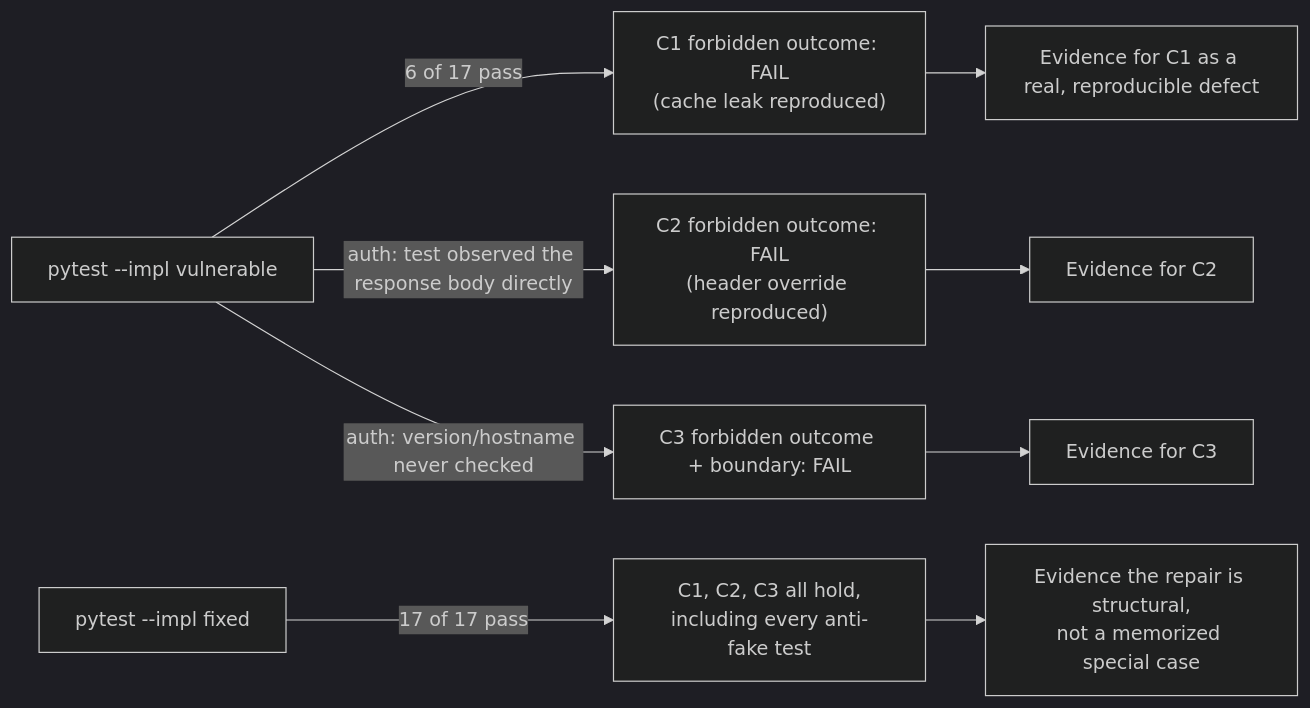
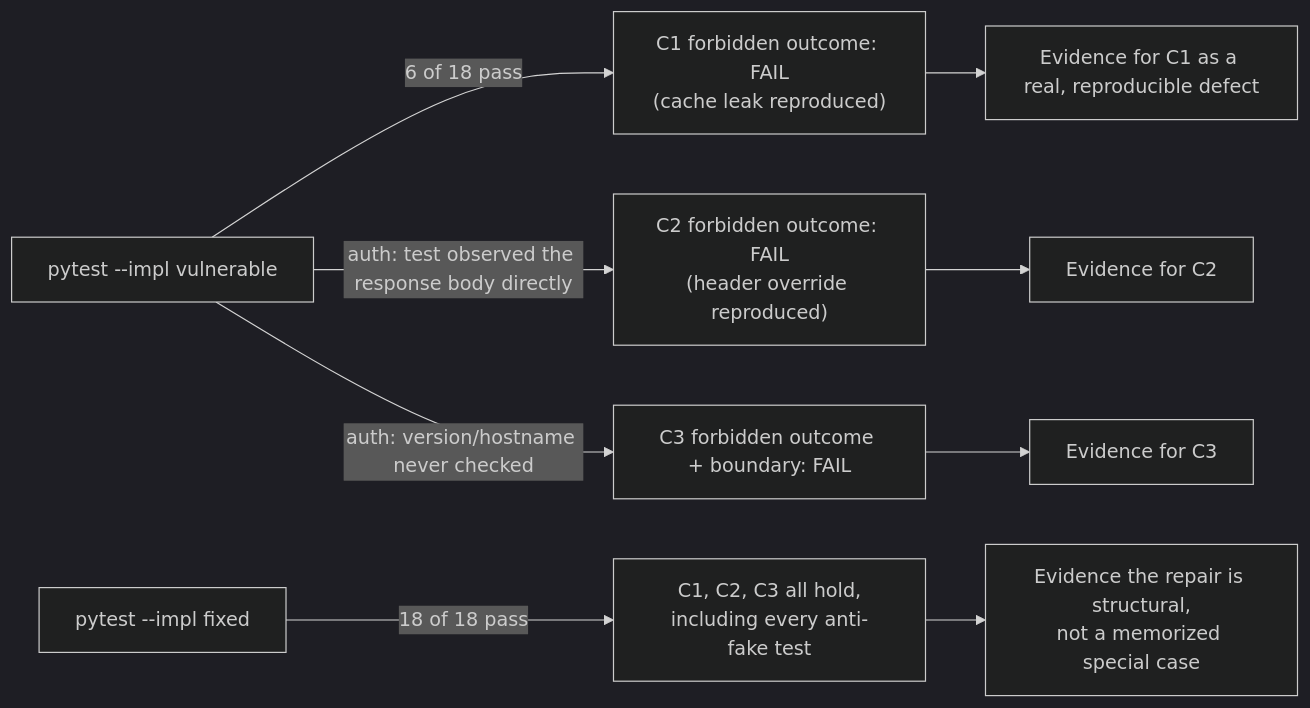
One commit to ishitvagoel/LearnSecurity changed the diagram in content/modules/2/2.2/lessons/05-verify.md. Above: the diagram before and after it, drawn with Mermaid (dark theme). The commit also changed other lines of this file and 7 other files, not shown here.

````diff
--- a/content/modules/2/2.2/lessons/05-verify.md
+++ b/content/modules/2/2.2/lessons/05-verify.md
@@ -23,11 +23,11 @@
 ```mermaid
 flowchart LR
-  Run["pytest --impl vulnerable"] -->|"6 of 17 pass"| V1["C1 forbidden outcome: FAIL\n(cache leak reproduced)"]
+  Run["pytest --impl vulnerable"] -->|"6 of 18 pass"| V1["C1 forbidden outcome: FAIL\n(cache leak reproduced)"]
   Run -->|auth: test observed the response body directly| V2["C2 forbidden outcome: FAIL\n(header override reproduced)"]
   Run -->|auth: version/hostname never checked| V3["C3 forbidden outcome + boundary: FAIL"]
-  Fixed["pytest --impl fixed"] -->|"17 of 17 pass"| F1["C1, C2, C3 all hold,\nincluding every anti-fake test"]
+  Fixed["pytest --impl fixed"] -->|"18 of 18 pass"| F1["C1, C2, C3 all hold,\nincluding every anti-fake test"]
   V1 --> Claim1["Evidence for C1 as a real, reproducible defect"]
   V2 --> Claim2["Evidence for C2"]
   V3 --> Claim3["Evidence for C3"]
   F1 --> ClaimAll["Evidence the repair is structural,\nnot a memorized special case"]
 ```
````
